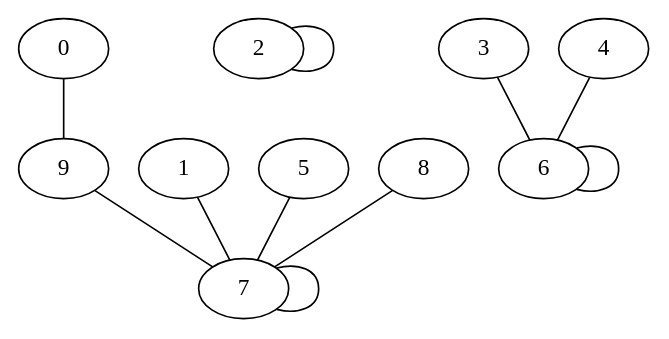
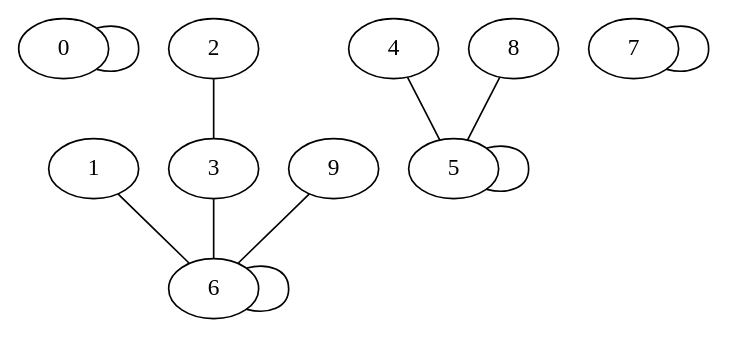
Before and after one commit to evlrs/Labyrinthe: the diagram in partition/dorian/graph_part.dot, drawn with Graphviz. The commit also changed 17 other files, not shown here.

```diff
--- a/partition/dorian/graph_part.dot
+++ b/partition/dorian/graph_part.dot
@@ -1,12 +1,12 @@
 graph {
-	 0 -- 9;
-	 1 -- 7;
-	 2 -- 2;
+	 0 -- 0;
+	 1 -- 6;
+	 2 -- 3;
 	 3 -- 6;
-	 4 -- 6;
-	 5 -- 7;
+	 4 -- 5;
+	 5 -- 5;
 	 6 -- 6;
 	 7 -- 7;
-	 8 -- 7;
-	 9 -- 7;
+	 8 -- 5;
+	 9 -- 6;
 }
```
